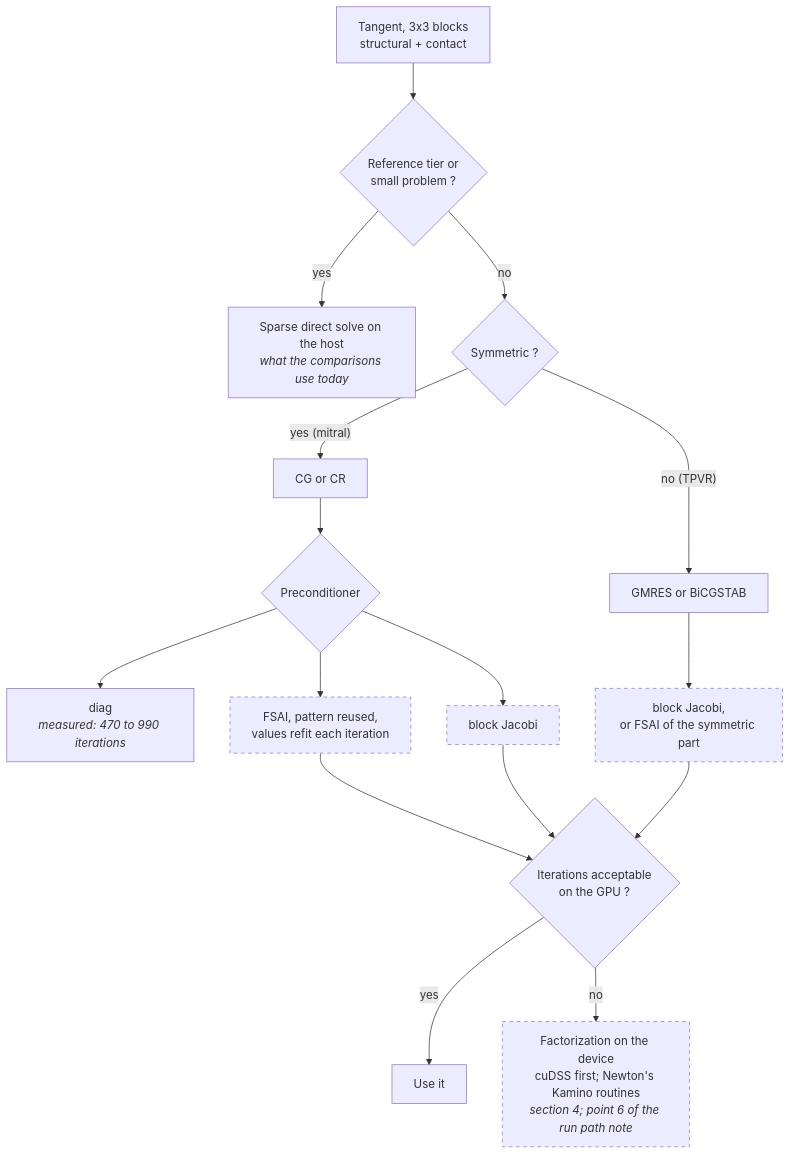
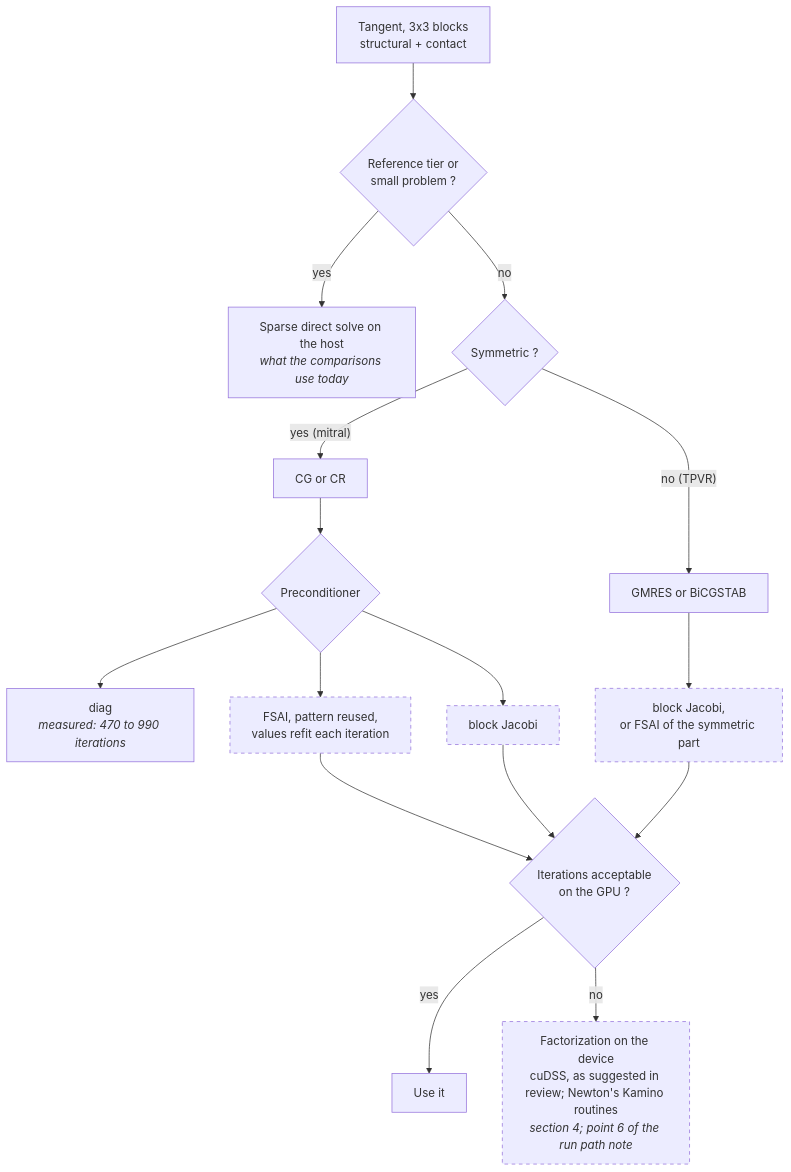
One commit to JolleyLab/FEBio-Warp-Python changed the diagram in docs/design/linear_solve.md. Above: the diagram before and after it, drawn with Mermaid. The commit also changed other lines of this file and 4 other files, not shown here.

````diff
--- a/docs/design/linear_solve.md
+++ b/docs/design/linear_solve.md
@@ -21,23 +21,23 @@
 ```mermaid
 flowchart TB
     K["Tangent, 3x3 blocks<br/>structural + contact"] --> ref{"Reference tier or<br/>small problem ?"}
     ref -- yes --> host["Sparse direct solve on the host<br/><i>what the comparisons use today</i>"]
     ref -- no --> sym{"Symmetric ?"}
 
     sym -- "yes (mitral)" --> cg["CG or CR"]
     cg --> pre1{"Preconditioner"}
     pre1 --> d1["diag<br/><i>measured: 470 to 990 iterations</i>"]
     pre1 --> f1["FSAI, pattern reused,<br/>values refit each iteration"]:::todo
     pre1 --> b1["block Jacobi"]:::todo
 
     sym -- "no (TPVR)" --> gm["GMRES or BiCGSTAB"]
     gm --> pre2["block Jacobi,<br/>or FSAI of the symmetric part"]:::todo
 
     f1 --> enough{"Iterations acceptable<br/>on the GPU ?"}
     b1 --> enough
     pre2 --> enough
     enough -- yes --> done["Use it"]
-    enough -- no --> direct["Factorization on the device<br/>cuDSS first; Newton's Kamino routines<br/><i>section 4; point 6 of the run path note</i>"]:::todo
+    enough -- no --> direct["Factorization on the device<br/>cuDSS, as suggested in review; Newton's Kamino routines<br/><i>section 4; point 6 of the run path note</i>"]:::todo
 
     classDef todo stroke-dasharray: 5 5
 ```
````
